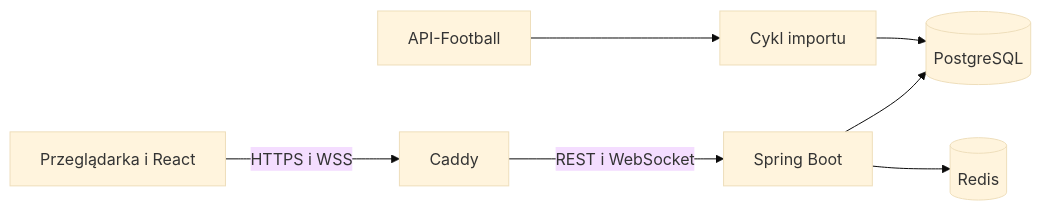
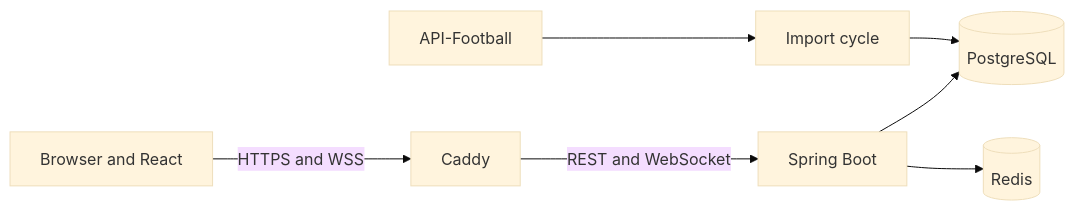
One commit to Piterovskyyy/lmuml-v2 changed the diagram in docs/architecture.md. Above: the diagram before and after it, drawn with Mermaid (base theme). The commit also changed other lines of this file and 6 other files, not shown here.

````diff
--- a/docs/architecture.md
+++ b/docs/architecture.md
@@ -5,9 +5,9 @@
 ```mermaid
 flowchart LR
-    U[Przeglądarka i React] -->|HTTPS i WSS| C[Caddy]
-    C -->|REST i WebSocket| S[Spring Boot]
+    U[Browser and React] -->|HTTPS and WSS| C[Caddy]
+    C -->|REST and WebSocket| S[Spring Boot]
     S --> P[(PostgreSQL)]
     S --> R[(Redis)]
-    F[API-Football] --> I[Cykl importu]
+    F[API-Football] --> I[Import cycle]
     I --> P
 ```
````
